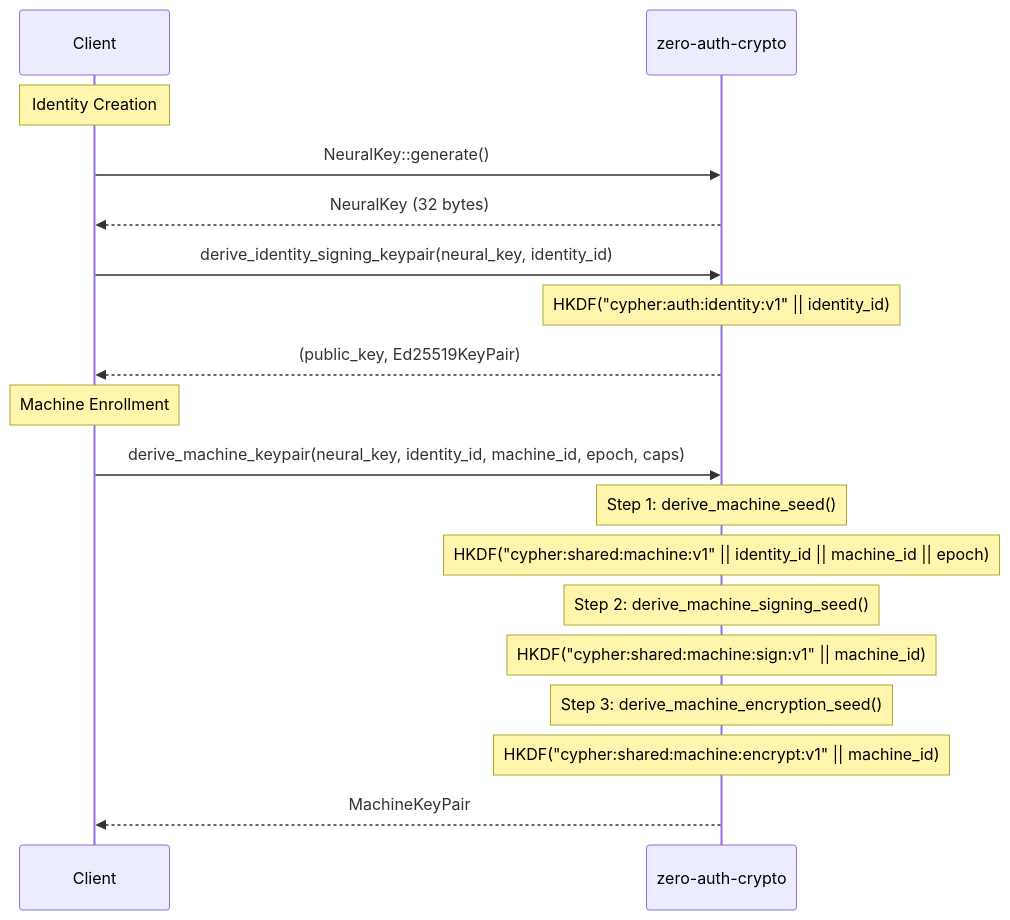
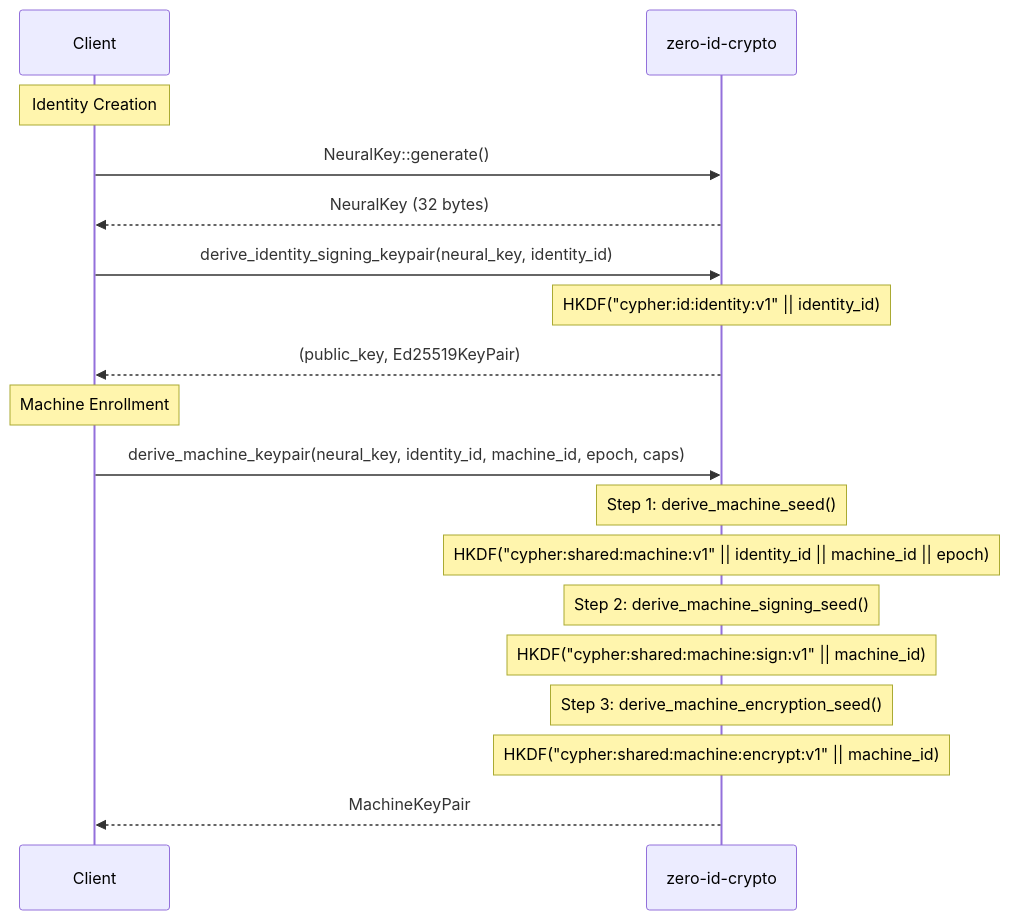
The fourth of 6 diagrams in docs/spec/v0.1/01-crypto.md (cypher-asi/zero-auth), drawn with Mermaid before and after one commit. The commit also changed other lines of this file and 235 other files, not shown here.

Commit message:
refactor: rename zero-auth to zero-id across codebase

````diff
--- a/docs/spec/v0.1/01-crypto.md
+++ b/docs/spec/v0.1/01-crypto.md
@@ -540,23 +540,23 @@
 ```mermaid
 sequenceDiagram
     participant Client
-    participant Crypto as zero-auth-crypto
+    participant Crypto as zero-id-crypto
     
     Note over Client: Identity Creation
     Client->>Crypto: NeuralKey::generate()
     Crypto-->>Client: NeuralKey (32 bytes)
     
     Client->>Crypto: derive_identity_signing_keypair(neural_key, identity_id)
-    Note over Crypto: HKDF("cypher:auth:identity:v1" || identity_id)
+    Note over Crypto: HKDF("cypher:id:identity:v1" || identity_id)
     Crypto-->>Client: (public_key, Ed25519KeyPair)
     
     Note over Client: Machine Enrollment
     Client->>Crypto: derive_machine_keypair(neural_key, identity_id, machine_id, epoch, caps)
     Note over Crypto: Step 1: derive_machine_seed()
     Note over Crypto: HKDF("cypher:shared:machine:v1" || identity_id || machine_id || epoch)
     Note over Crypto: Step 2: derive_machine_signing_seed()
     Note over Crypto: HKDF("cypher:shared:machine:sign:v1" || machine_id)
     Note over Crypto: Step 3: derive_machine_encryption_seed()
     Note over Crypto: HKDF("cypher:shared:machine:encrypt:v1" || machine_id)
     Crypto-->>Client: MachineKeyPair
 ```
````
